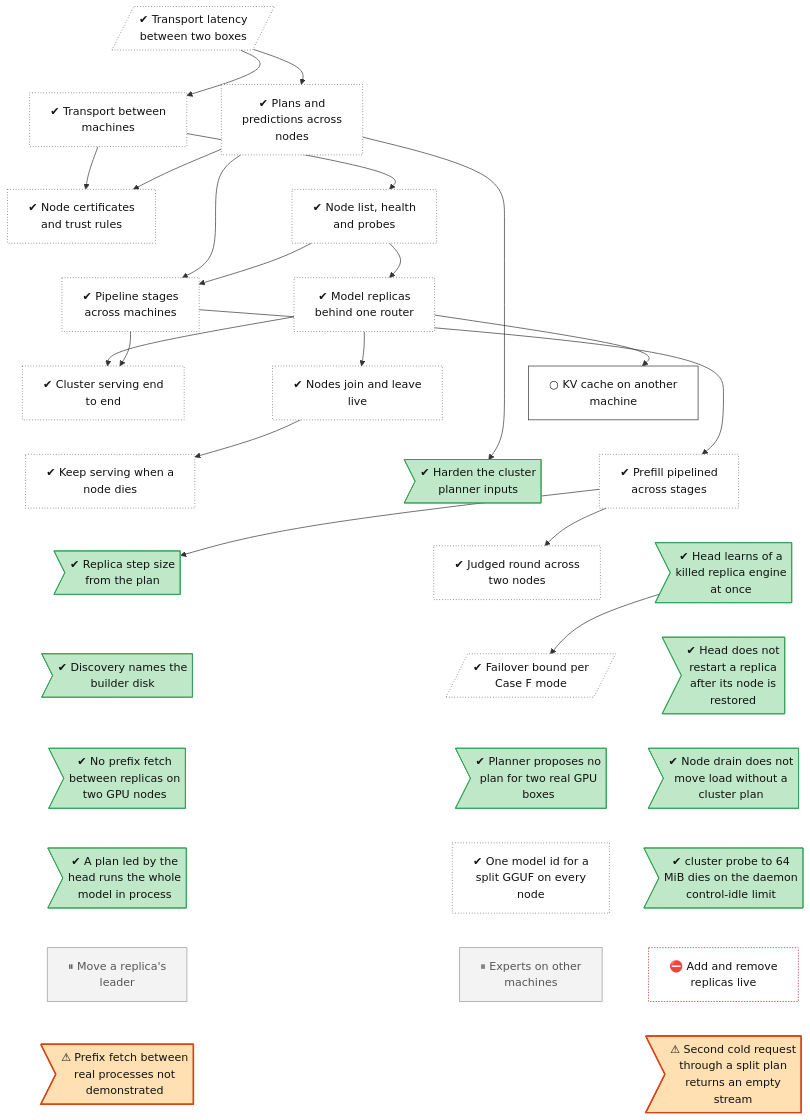
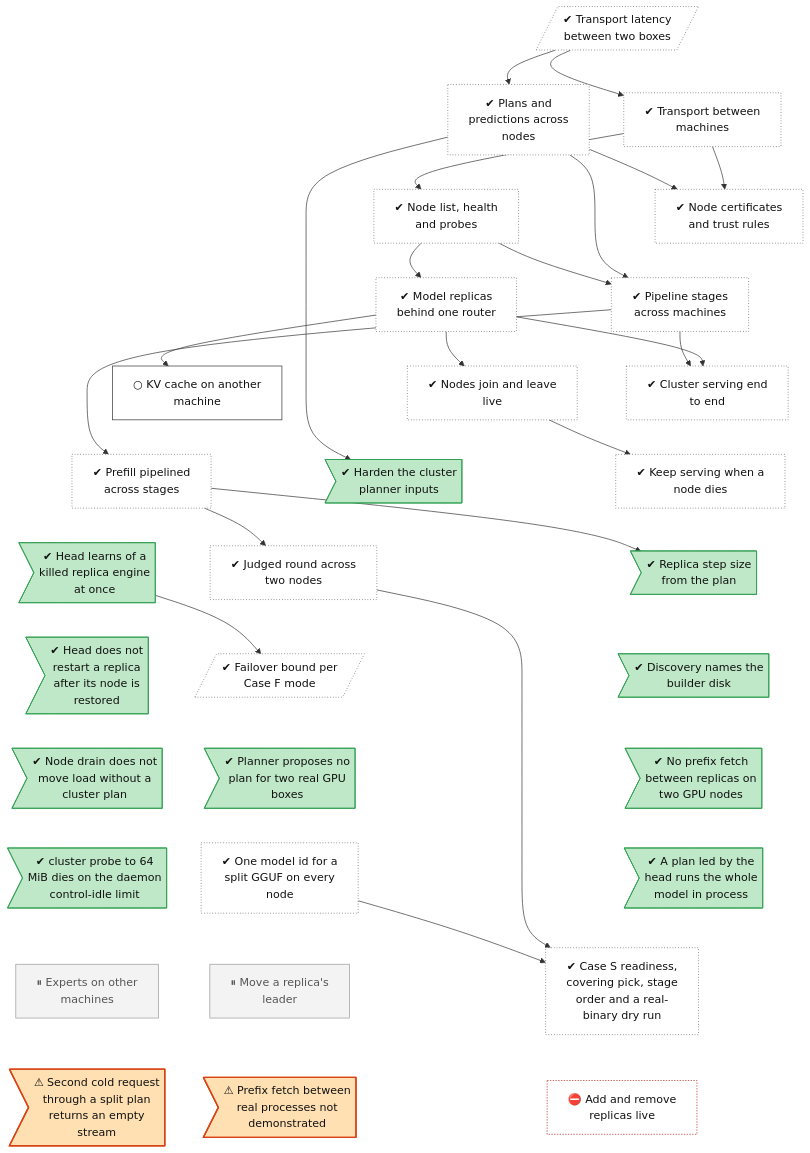
One commit to lhns/tetraeder changed the diagram in docs/roadmap/tracks/cluster.md. Above: the diagram before and after it, drawn with Mermaid. The commit also changed other lines of this file and 4 other files, not shown here.

Commit message:
Phase 6 Case S readiness (ADR 0091); not measured: tree node cluster-case-s-ready, taxameter push covers the committed layout

```diff
--- a/docs/roadmap/tracks/cluster.md
+++ b/docs/roadmap/tracks/cluster.md
@@ -34,6 +34,7 @@
     cluster_head_led_plan_ignores_segments>"✔ A plan led by the<br/>head runs the whole<br/>model in process"]
     cluster_sharded_model_id["✔ One model id for a<br/>split GGUF on every<br/>node"]
     cluster_probe_control_idle>"✔ cluster probe to 64<br/>MiB dies on the daemon<br/>control-idle limit"]
+    cluster_case_s_ready["✔ Case S readiness,<br/>covering pick, stage<br/>order and a real-<br/>binary dry run"]
     cluster_leader_move["⏸ Move a replica's<br/>leader"]
     cluster_experts_nodes["⏸ Experts on other<br/>machines"]
     cluster_replica_scaling["⛔ Add and remove<br/>replicas live"]
@@ -63,12 +64,12 @@
     cluster_prefix_fetch_not_triggered ~~~ cluster_head_led_plan_ignores_segments
     cluster_plan_source_gpu_segments ~~~ cluster_sharded_model_id
     cluster_drain_without_plan ~~~ cluster_probe_control_idle
-    cluster_head_led_plan_ignores_segments ~~~ cluster_leader_move
-    cluster_sharded_model_id ~~~ cluster_experts_nodes
-    cluster_probe_control_idle ~~~ cluster_replica_scaling
+    cluster_head_led_plan_ignores_segments ~~~ cluster_case_s_ready
+    cluster_sharded_model_id ~~~ cluster_leader_move
+    cluster_probe_control_idle ~~~ cluster_experts_nodes
+    cluster_case_s_ready ~~~ cluster_replica_scaling
     cluster_leader_move ~~~ cluster_prefix_fetch_not_observed
     cluster_experts_nodes ~~~ cluster_second_cold_request_empty
-    cluster_replica_scaling ~~~ cluster_second_cold_request_empty
     cluster_transport_wan --> cluster_transport
     cluster_transport_wan --> cluster_planner
     cluster_transport --> cluster_mtls
@@ -87,6 +88,8 @@
     cluster_pipeline_prefill --> cluster_step_tokens_from_plan
     cluster_pipeline_prefill --> cluster_judged_round_cmd
     cluster_mode1_detection --> cluster_failover_bound
+    cluster_judged_round_cmd --> cluster_case_s_ready
+    cluster_sharded_model_id --> cluster_case_s_ready
     classDef vsucc fill:#2e9e4f,stroke:#1b6b34,color:#fff
     classDef succ fill:#bfe8c8,stroke:#2e9e4f,color:#111
     classDef mixed fill:#ffd37a,stroke:#c98a00,color:#111
@@ -101,7 +104,7 @@
     classDef decided fill:#ece0f7,stroke:#7b3fb5,stroke-dasharray:2 2,color:#111
     classDef finding fill:#ffe0b2,stroke:#d84315,stroke-width:2px,color:#111
     classDef waiting fill:#e3f2fd,stroke:#1f6fc5,stroke-dasharray:5 5,color:#111
-    class cluster_transport_wan,cluster_transport,cluster_planner,cluster_mtls,cluster_discovery,cluster_pipeline_nodes,cluster_replicas,cluster_integration,cluster_join_leave,cluster_failover,cluster_pipeline_prefill,cluster_judged_round_cmd,cluster_failover_bound,cluster_sharded_model_id unrated
+    class cluster_transport_wan,cluster_transport,cluster_planner,cluster_mtls,cluster_discovery,cluster_pipeline_nodes,cluster_replicas,cluster_integration,cluster_join_leave,cluster_failover,cluster_pipeline_prefill,cluster_judged_round_cmd,cluster_failover_bound,cluster_sharded_model_id,cluster_case_s_ready unrated
     class cluster_remote_kv next
     class cluster_planner_hardening,cluster_step_tokens_from_plan,cluster_mode1_detection,cluster_discovery_disk_names,cluster_rejoin_after_restore,cluster_prefix_fetch_not_triggered,cluster_plan_source_gpu_segments,cluster_drain_without_plan,cluster_head_led_plan_ignores_segments,cluster_probe_control_idle succ
     class cluster_leader_move,cluster_experts_nodes parked
```
